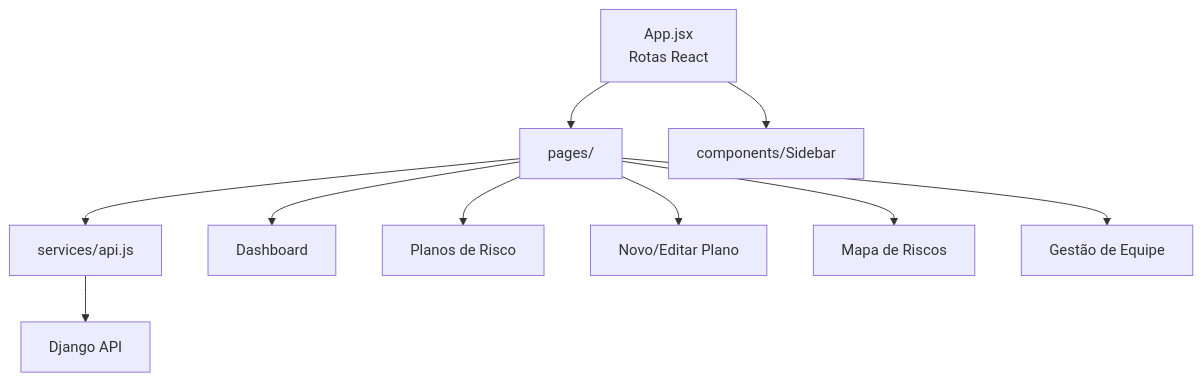
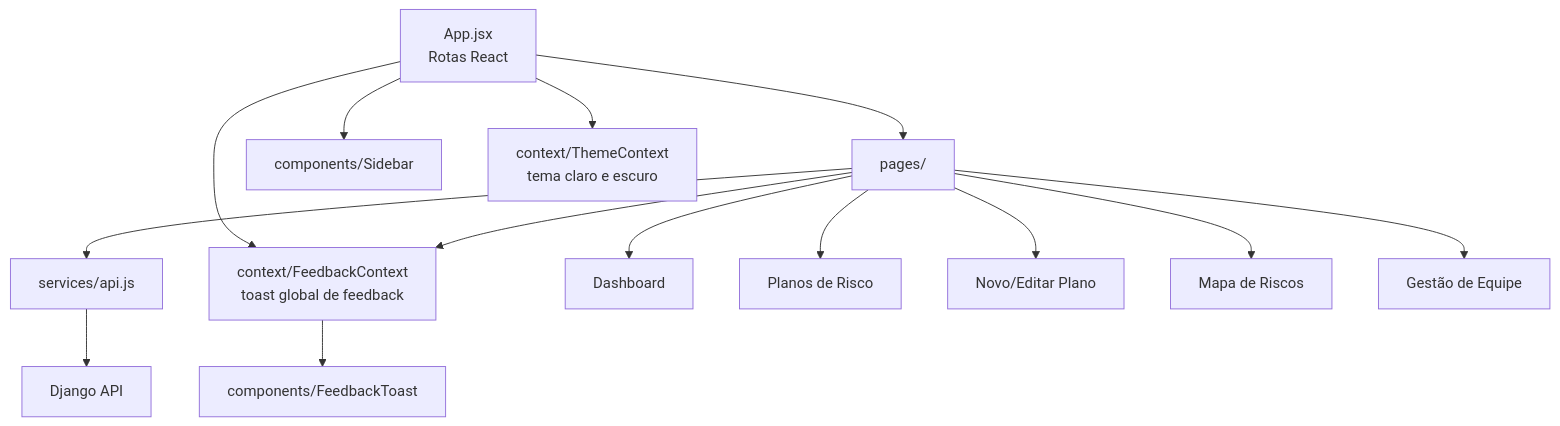
The third of 3 diagrams in docs/arquitetura.md (CTISM-Prof-Henry/software-formularios-mirai-tech), drawn with Mermaid before and after one commit. The commit also changed other lines of this file and 2 other files, not shown here.

````diff
--- a/docs/arquitetura.md
+++ b/docs/arquitetura.md
@@ -229,13 +238,19 @@
 ```mermaid
 flowchart TD
     App["App.jsx\nRotas React"] --> Pages["pages/"]
     App --> Sidebar["components/Sidebar"]
+    App --> ThemeCtx["context/ThemeContext\ntema claro e escuro"]
+    App --> FeedbackCtx["context/FeedbackContext\ntoast global de feedback"]
+
     Pages --> Api["services/api.js"]
+    Pages --> FeedbackCtx
     Api --> Backend["Django API"]
 
     Pages --> Dashboard["Dashboard"]
     Pages --> Planos["Planos de Risco"]
     Pages --> NovoPlano["Novo/Editar Plano"]
     Pages --> Mapa["Mapa de Riscos"]
     Pages --> Equipe["Gestão de Equipe"]
+
+    FeedbackCtx --> Toast["components/FeedbackToast"]
 ```
````
